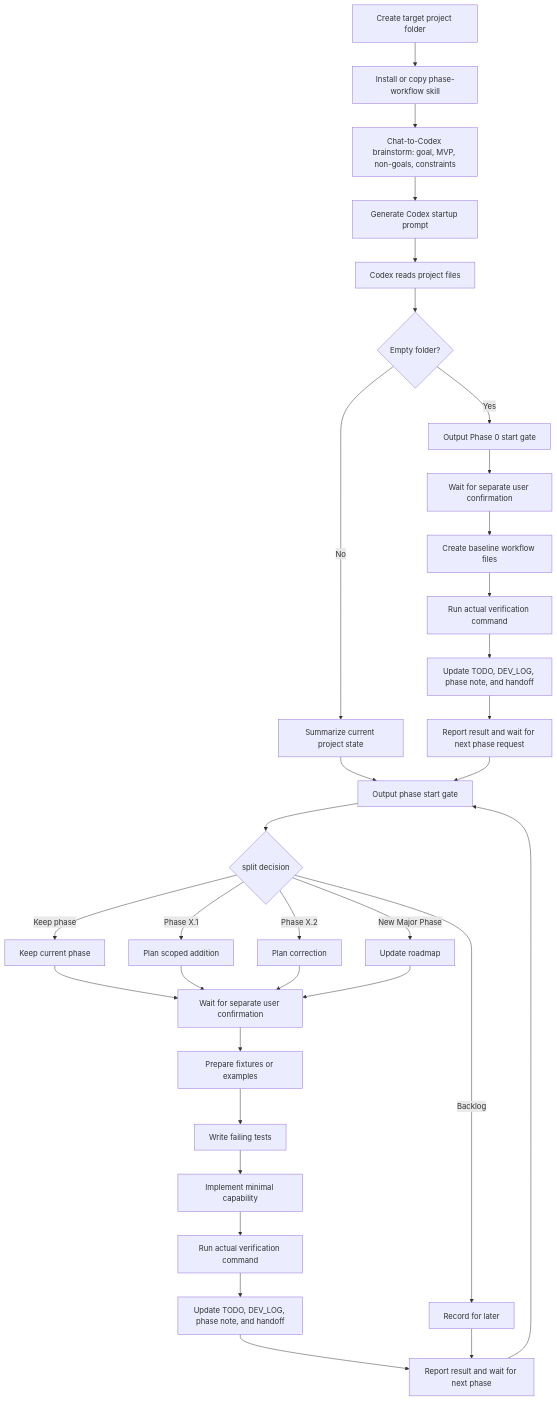
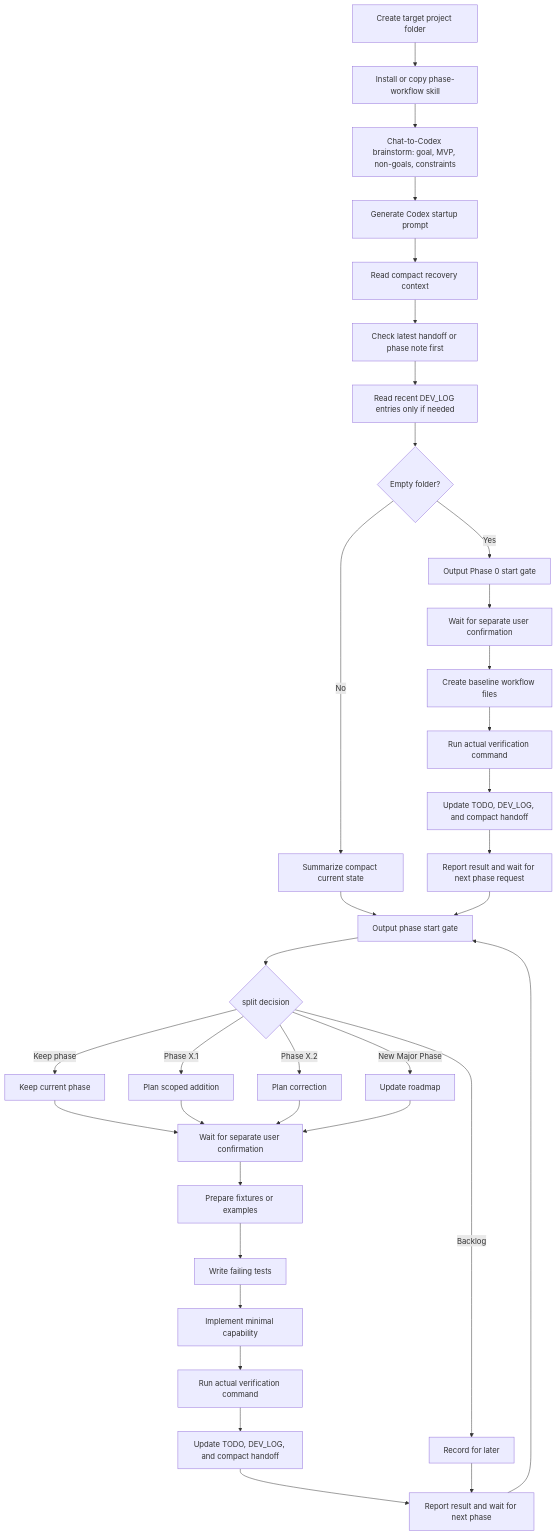
The diagram in README.md (FossilLeeSZ/phase-workflow), drawn with Mermaid before and after one commit. The commit also changed other lines of this file and 5 other files, not shown here.

Commit message:
Document context-light recovery

````diff
--- a/README.md
+++ b/README.md
@@ -260,41 +265,43 @@
 ```mermaid
 flowchart TD
     A["Create target project folder"] --> B["Install or copy phase-workflow skill"]
     B --> C["Chat-to-Codex brainstorm: goal, MVP, non-goals, constraints"]
     C --> D["Generate Codex startup prompt"]
-    D --> E["Codex reads project files"]
+    D --> E["Read compact recovery context"]
+    E --> EH["Check latest handoff or phase note first"]
+    EH --> EL["Read recent DEV_LOG entries only if needed"]
 
-    E --> F{"Empty folder?"}
+    EL --> F{"Empty folder?"}
     F -->|"Yes"| G["Output Phase 0 start gate"]
-    F -->|"No"| H["Summarize current project state"]
+    F -->|"No"| H["Summarize compact current state"]
 
     G --> I["Wait for separate user confirmation"]
     I --> J["Create baseline workflow files"]
     J --> K["Run actual verification command"]
-    K --> L["Update TODO, DEV_LOG, phase note, and handoff"]
+    K --> L["Update TODO, DEV_LOG, and compact handoff"]
     L --> M["Report result and wait for next phase request"]
 
     H --> N["Output phase start gate"]
     M --> N
     N --> O{"split decision"}
     O -->|"Keep phase"| P["Keep current phase"]
     O -->|"Phase X.1"| Q["Plan scoped addition"]
     O -->|"Phase X.2"| R["Plan correction"]
     O -->|"New Major Phase"| S["Update roadmap"]
     O -->|"Backlog"| T["Record for later"]
 
     P --> U["Wait for separate user confirmation"]
     Q --> U
     R --> U
     S --> U
 
     U --> V["Prepare fixtures or examples"]
     V --> W["Write failing tests"]
     W --> X["Implement minimal capability"]
     X --> Y["Run actual verification command"]
-    Y --> Z["Update TODO, DEV_LOG, phase note, and handoff"]
+    Y --> Z["Update TODO, DEV_LOG, and compact handoff"]
     Z --> AA["Report result and wait for next phase"]
 
     T --> AA
     AA --> N
 ```
````
